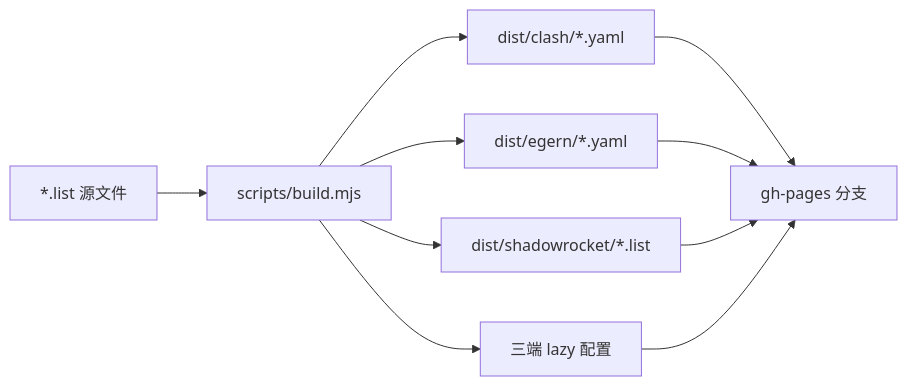
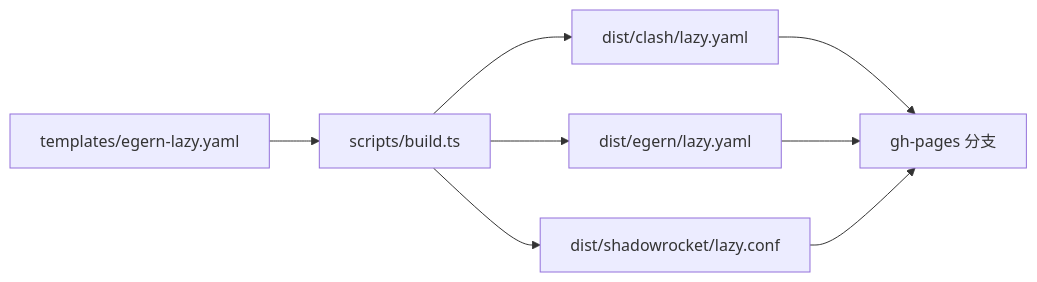
Before and after one commit to Teakowa/Rules: the diagram in README.md, drawn with Mermaid. The commit also changed other lines of this file and 8 other files, not shown here.

Commit message:
Refactor build to be template-driven and remove legacy .list sources

````diff
--- a/README.md
+++ b/README.md
@@ -86,12 +64,10 @@
 ```mermaid
 graph LR
-    A[*.list 源文件] --> B[scripts/build.mjs]
-    B --> C[dist/clash/*.yaml]
-    B --> D[dist/egern/*.yaml]
-    B --> E[dist/shadowrocket/*.list]
-    B --> F[三端 lazy 配置]
+    A[templates/egern-lazy.yaml] --> B[scripts/build.ts]
+    B --> C[dist/clash/lazy.yaml]
+    B --> D[dist/egern/lazy.yaml]
+    B --> E[dist/shadowrocket/lazy.conf]
     C --> G[gh-pages 分支]
     D --> G
     E --> G
-    F --> G
 ```
````
